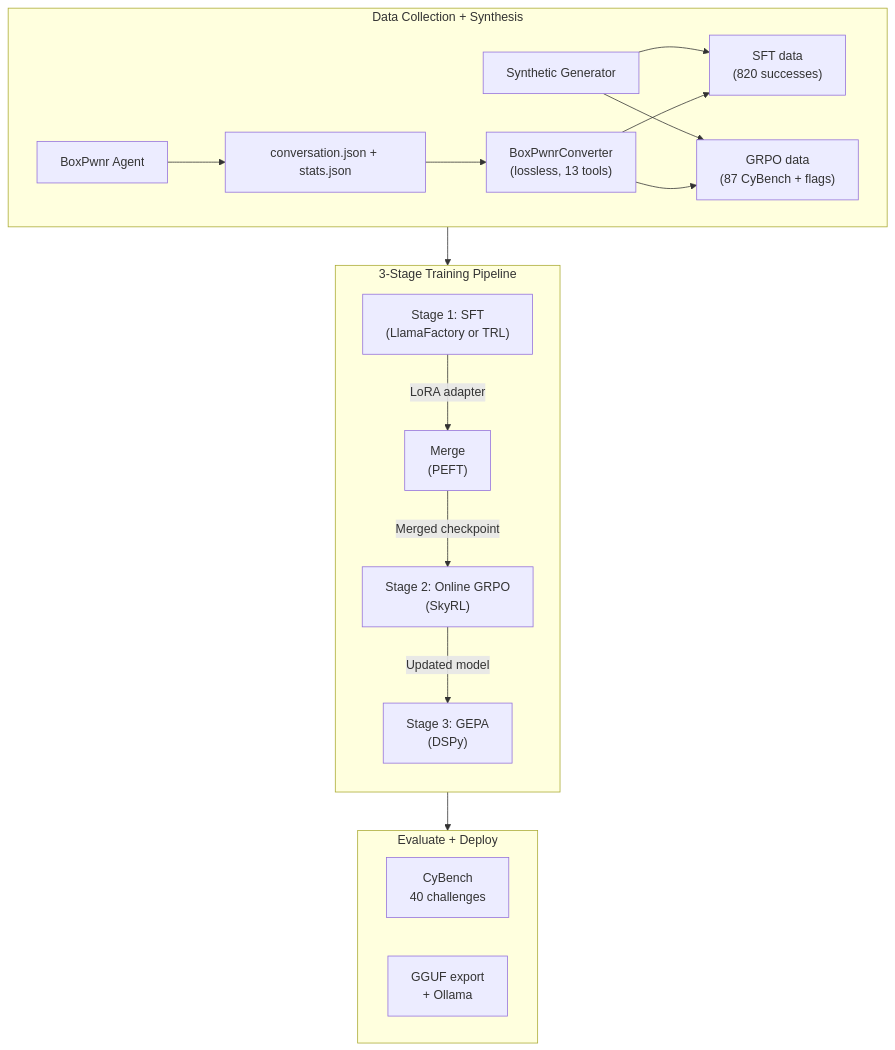
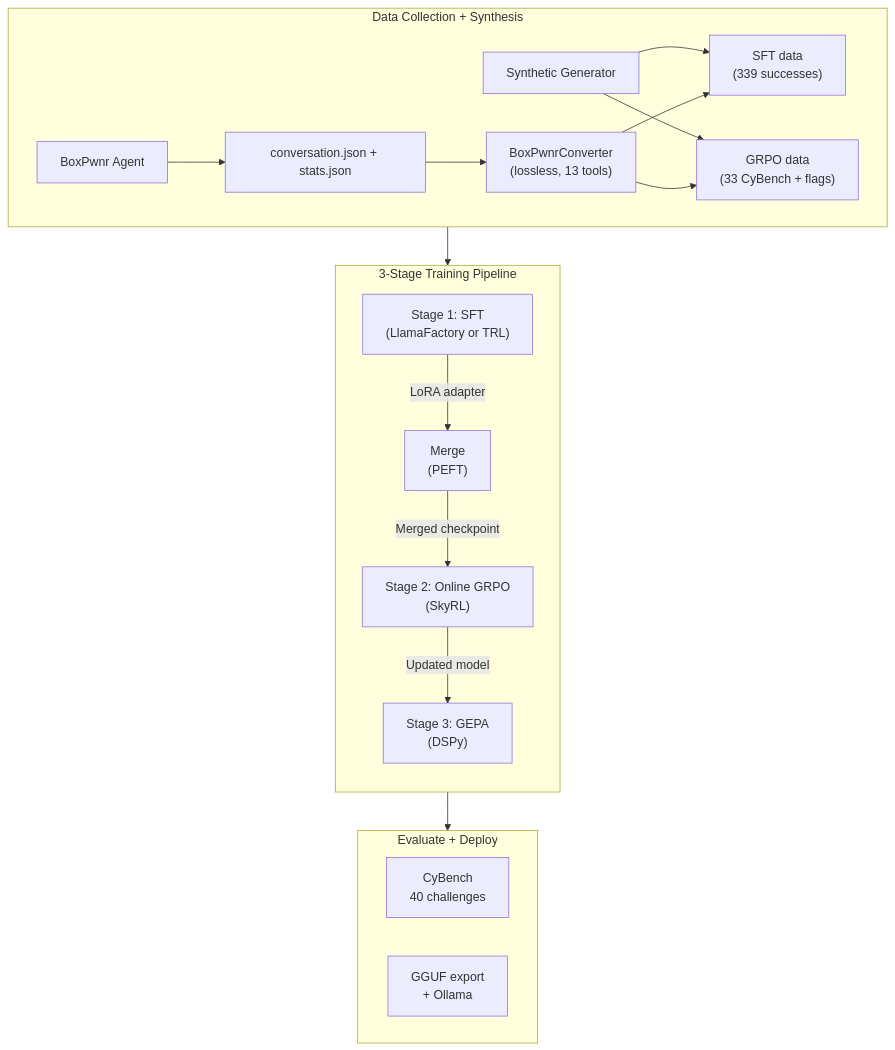
The first of 4 diagrams in docs/architecture.md (westonbrown/open-ctf-env), drawn with Mermaid before and after one commit. The commit also changed other lines of this file and 155 other files, not shown here.

````diff
--- a/docs/architecture.md
+++ b/docs/architecture.md
@@ -7,25 +7,25 @@
 ```mermaid
 flowchart TB
     subgraph data["Data Collection + Synthesis"]
         boxpwnr["BoxPwnr Agent"] --> traces["conversation.json + stats.json"]
         traces --> converter["BoxPwnrConverter<br/>(lossless, 13 tools)"]
         synth["Synthetic Generator"] --> sft_data
         synth --> grpo_data
-        converter --> sft_data["SFT data<br/>(820 successes)"]
-        converter --> grpo_data["GRPO data<br/>(87 CyBench + flags)"]
+        converter --> sft_data["SFT data<br/>(339 successes)"]
+        converter --> grpo_data["GRPO data<br/>(33 CyBench + flags)"]
     end
 
     subgraph pipeline["3-Stage Training Pipeline"]
         direction TB
         sft["Stage 1: SFT<br/>(LlamaFactory or TRL)"] -->|"LoRA adapter"| merge["Merge<br/>(PEFT)"]
         merge -->|"Merged checkpoint"| grpo["Stage 2: Online GRPO<br/>(SkyRL)"]
         grpo -->|"Updated model"| gepa["Stage 3: GEPA<br/>(DSPy)"]
     end
 
     subgraph eval["Evaluate + Deploy"]
         bench["CyBench<br/>40 challenges"]
         gguf["GGUF export<br/>+ Ollama"]
     end
 
     data --> pipeline --> eval
 ```
````
